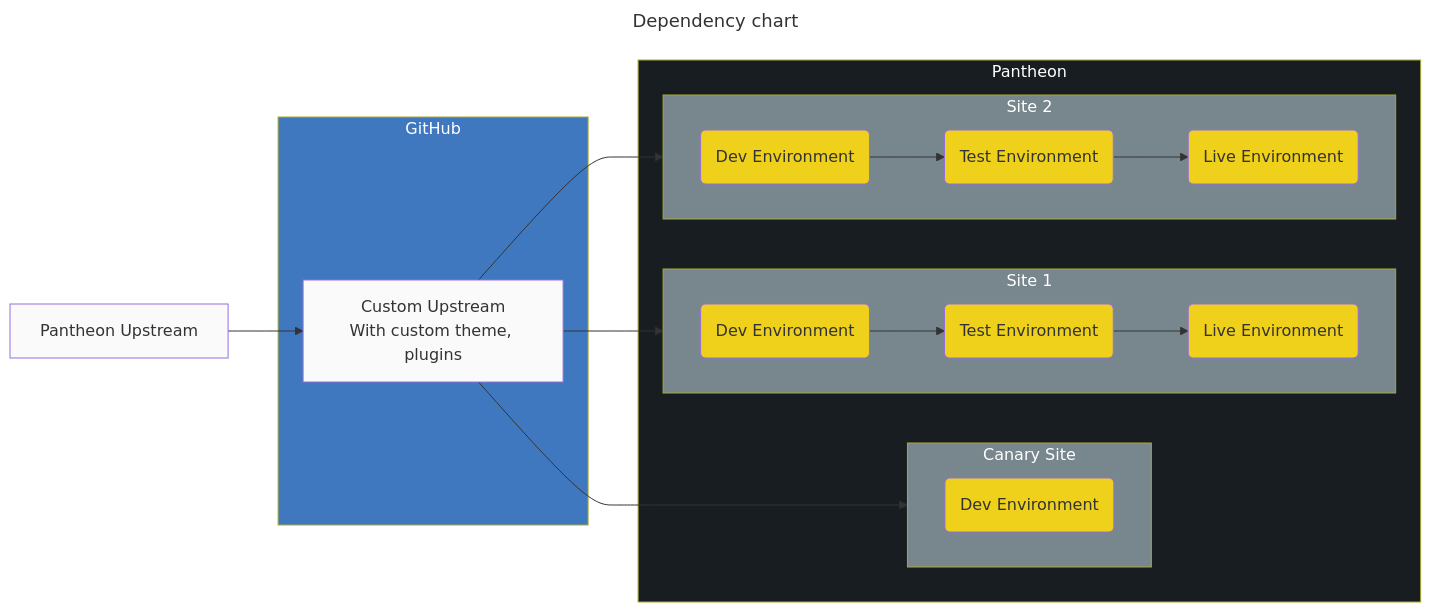
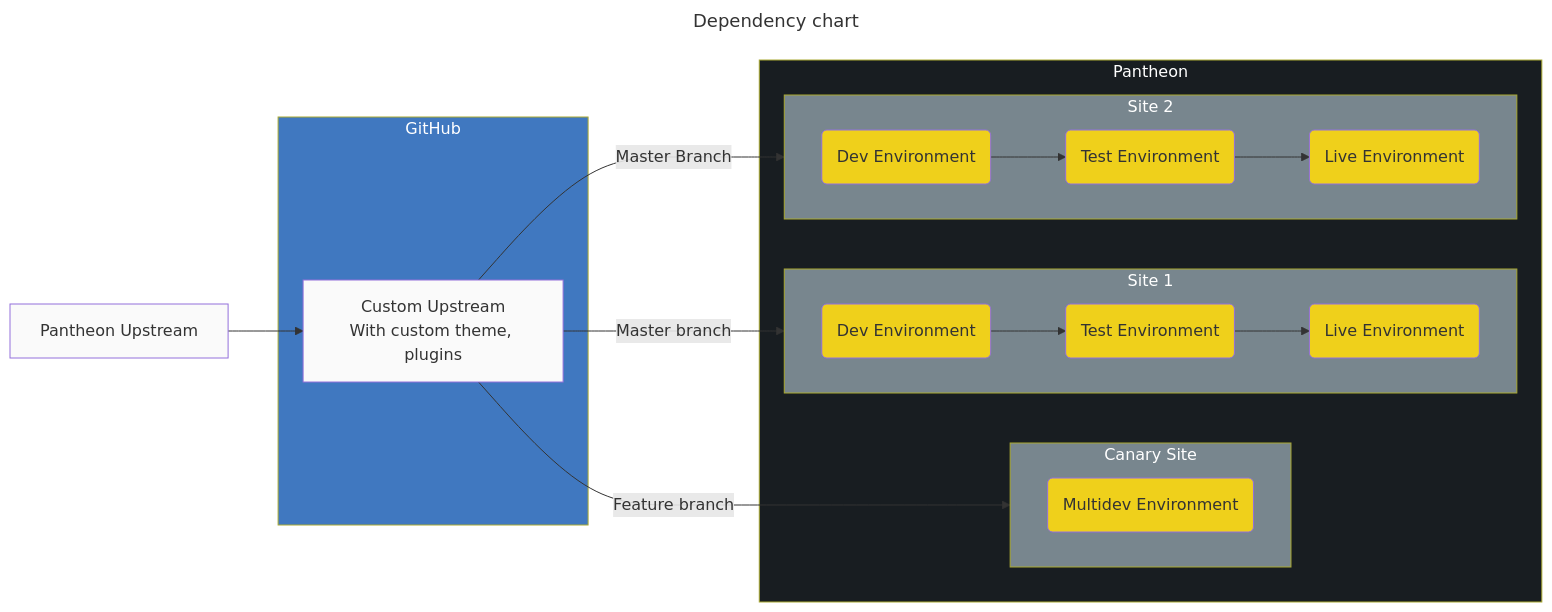
Before and after one commit to pantheon-systems/webops-architecture: the first of 2 diagrams in WordPress/Mid-grade.md, drawn with Mermaid. The commit also changed other lines of this file, not shown here.

````diff
--- a/WordPress/Mid-grade.md
+++ b/WordPress/Mid-grade.md
@@ -19,56 +23,56 @@
 ```mermaid
 ---
 title: Dependency chart
 ---
 graph LR
     UpstreamPantheon["Pantheon Upstream"]:::repo
 
     subgraph github [GitHub]
         UpstreamCustom["Custom Upstream\nWith custom theme, plugins"]:::repo
     end
 
     subgraph pantheon [Pantheon]
         subgraph site0 [Canary Site]
             direction LR
-            EnvDev0(Dev Environment):::env
+            EnvDev0(Multidev Environment):::env
         end
 
         subgraph site1 [Site 1]
             direction LR
             EnvDev1(Dev Environment):::env
             EnvTest1(Test Environment):::env
             EnvLive1(Live Environment):::env
         end
 
         subgraph site2 [Site 2]
             direction LR
             EnvDev2(Dev Environment):::env
             EnvTest2(Test Environment):::env
             EnvLive2(Live Environment):::env
         end
     end
 
     %% Links
     
     UpstreamPantheon --> UpstreamCustom
 
-    UpstreamCustom --> EnvDev0
-    UpstreamCustom --> EnvDev1
-    UpstreamCustom --> EnvDev2
+    UpstreamCustom -- Feature branch --> EnvDev0
+    UpstreamCustom -- Master branch --> EnvDev1
+    UpstreamCustom -- Master Branch --> EnvDev2
 
     EnvDev1 --> EnvTest1
     EnvTest1 --> EnvLive1
 
     EnvDev2 --> EnvTest2
     EnvTest2 --> EnvLive2
 
     %% Styles
     style github fill:#4078c0,color:#FFF
     style pantheon fill:#181D21,color:#FFF
     style site0 fill:#78868E,color:#FFF
     style site1 fill:#78868E,color:#FFF
     style site2 fill:#78868E,color:#FFF
     classDef env fill:#EFD01B
     classDef repo fill:#fafafa
 
 ```
````
